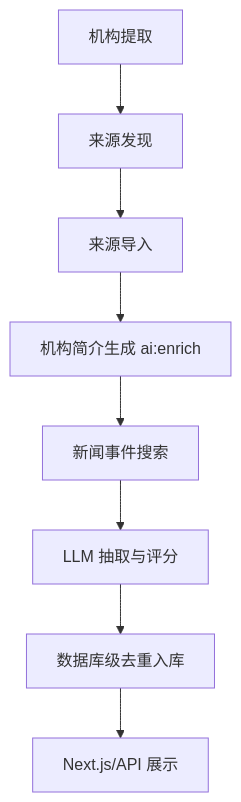
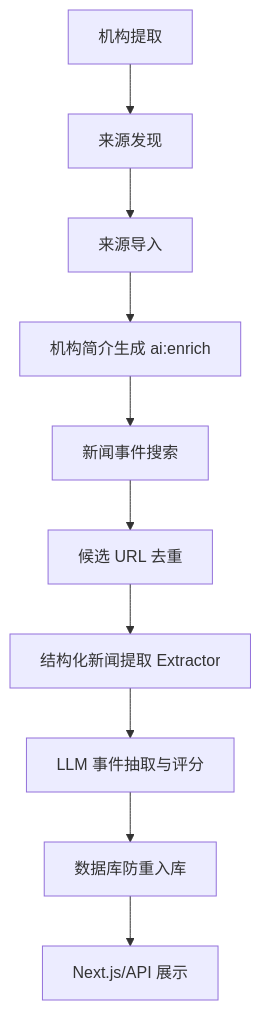
One commit to Gyuan29/test changed the diagram in docs/workflow.md. Above: the diagram before and after it, drawn with Mermaid. The commit also changed other lines of this file and 28 other files, not shown here.

````diff
--- a/docs/workflow.md
+++ b/docs/workflow.md
@@ -5,10 +5,12 @@
 ```mermaid
 flowchart TD
   A[机构提取] --> B[来源发现]
   B --> C[来源导入]
   C --> D[机构简介生成 ai:enrich]
   D --> E[新闻事件搜索]
-  E --> F[LLM 抽取与评分]
-  F --> G[数据库级去重入库]
-  G --> H[Next.js/API 展示]
+  E --> F[候选 URL 去重]
+  F --> G[结构化新闻提取 Extractor]
+  G --> H[LLM 事件抽取与评分]
+  H --> I[数据库防重入库]
+  I --> J[Next.js/API 展示]
 ```
````
